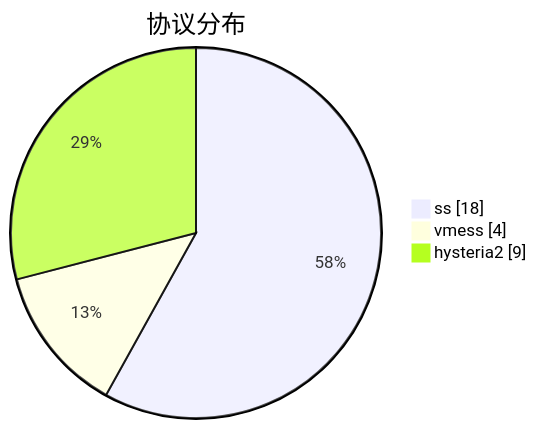
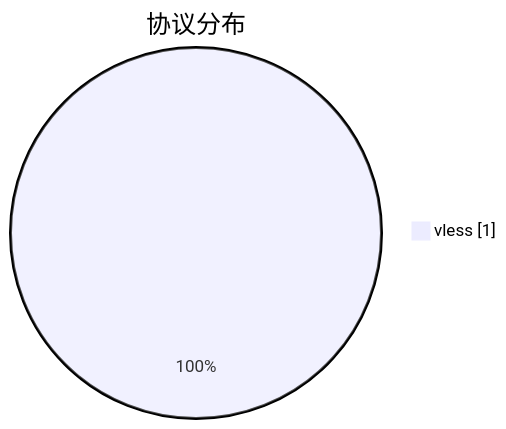
Before and after one commit to sinspired/airport: the third of 3 diagrams in subs/statistics/tested_within.md, drawn with Mermaid. The commit also changed other lines of this file and 2 other files, not shown here.

````diff
--- a/subs/statistics/tested_within.md
+++ b/subs/statistics/tested_within.md
@@ -23,7 +12,5 @@
 ```mermaid
 pie showData
 title 协议分布
-"ss" : 18
-"vmess" : 4
-"hysteria2" : 9
+"vless" : 1
 ```
````
